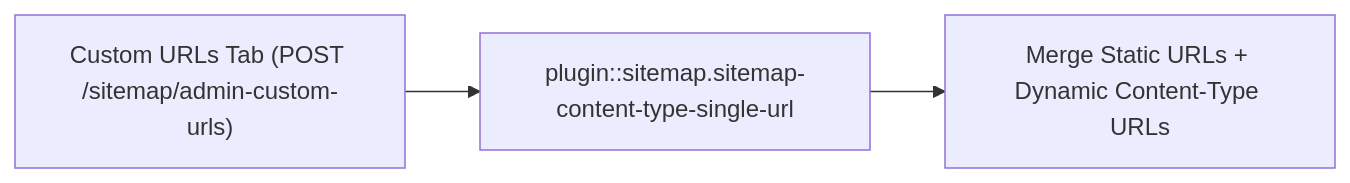
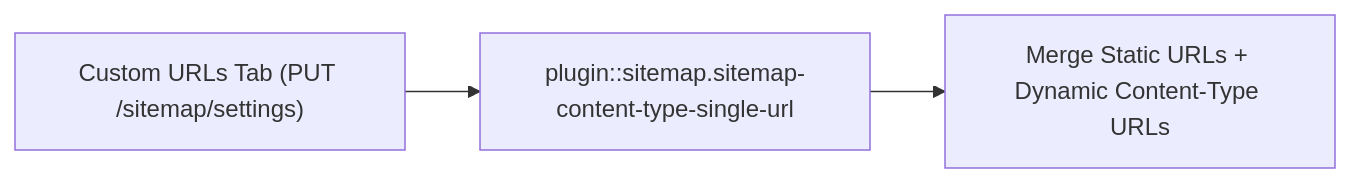
Before and after one commit to Vicacha-Devs/strapi-v5-extensions: the fourth of 5 diagrams in apps/docs/src/content/docs/strapi-plugin-sitemap/guide.md, drawn with Mermaid. The commit also changed other lines of this file and 107 other files, not shown here.

Commit message:
docs: refresh Starlight config, plugin schemas and screenshots

````diff
--- a/apps/docs/src/content/docs/strapi-plugin-sitemap/guide.md
+++ b/apps/docs/src/content/docs/strapi-plugin-sitemap/guide.md
@@ -166,5 +173,5 @@
 ```mermaid
 flowchart LR
-  CustomTab["Custom URLs Tab (POST /sitemap/admin-custom-urls)"] --> SingleEntity["plugin::sitemap.sitemap-content-type-single-url"]
+  CustomTab["Custom URLs Tab (PUT /sitemap/settings)"] --> SingleEntity["plugin::sitemap.sitemap-content-type-single-url"]
   SingleEntity --> Merge["Merge Static URLs + Dynamic Content-Type URLs"]
 ```
````
